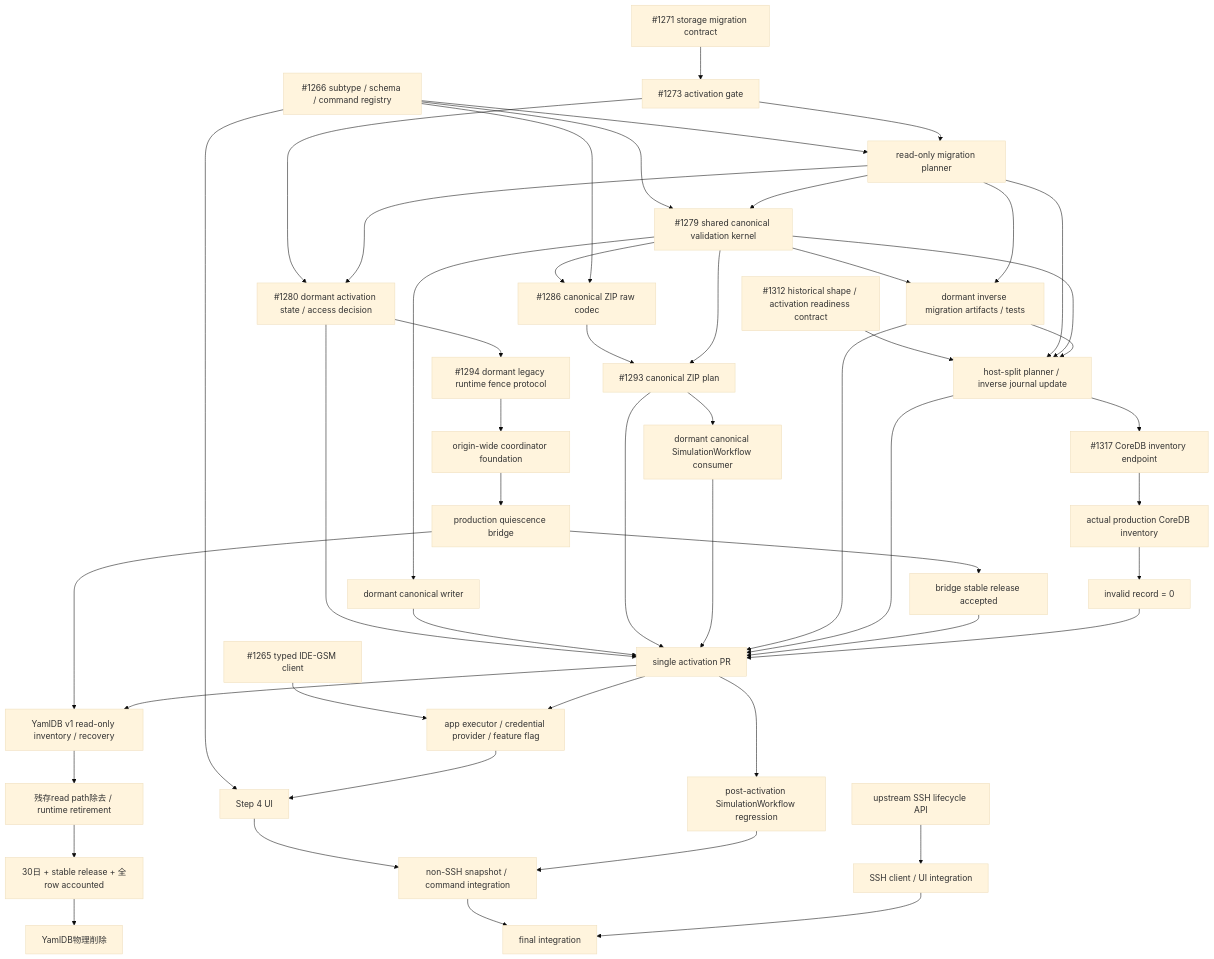
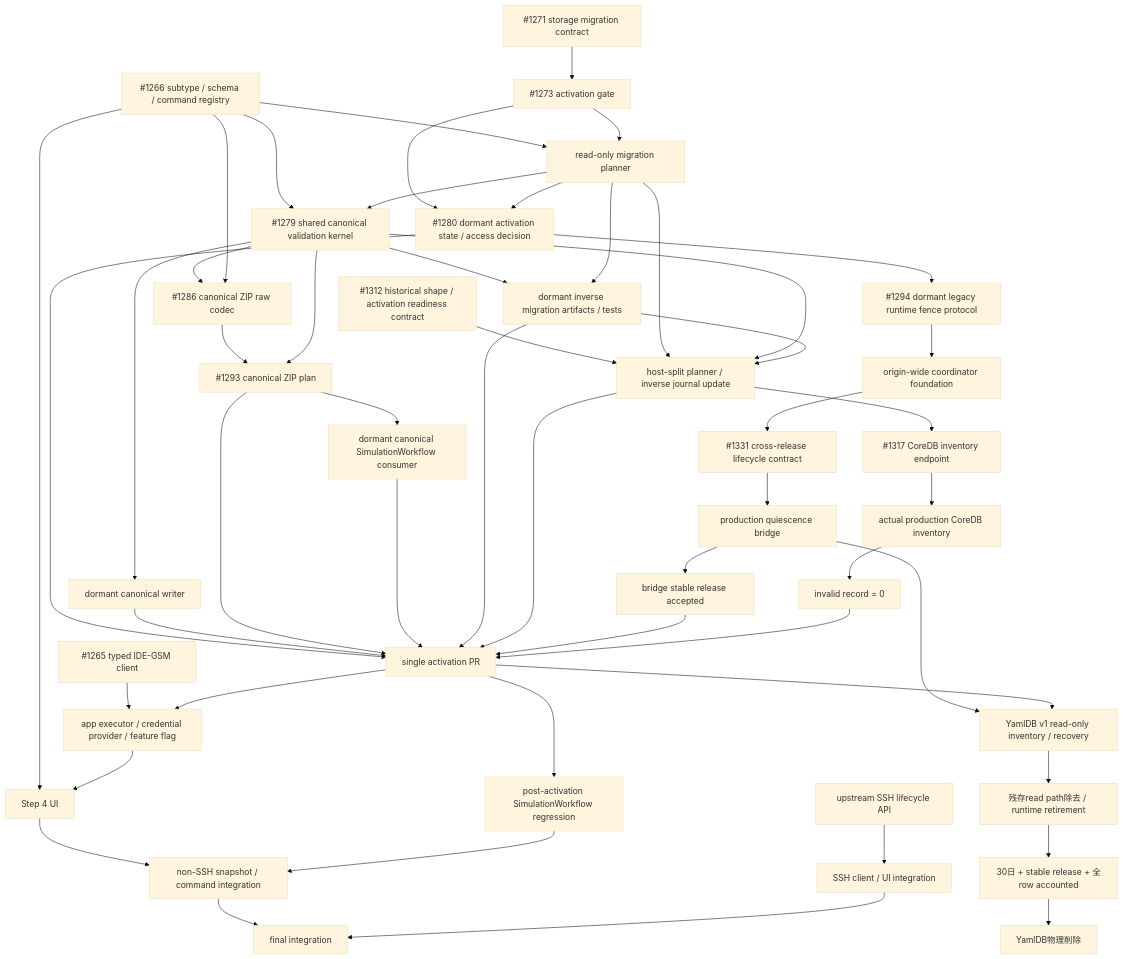
One commit to kubohiroya/hierarchidb changed the first of 2 diagrams in docs/yaml-plugin-ide-gsm-step4-spec.md. Above: the diagram before and after it, drawn with Mermaid (base theme). The commit also changed other lines of this file and 1 other file, not shown here.

Commit message:
docs(yaml): define cross-release quiescence lifecycle (#1331)

````diff
--- a/docs/yaml-plugin-ide-gsm-step4-spec.md
+++ b/docs/yaml-plugin-ide-gsm-step4-spec.md
@@ -483,54 +495,55 @@
 ```mermaid
 graph TD
   Registry["#1266 subtype / schema / command registry"] --> Planner["read-only migration planner"]
   Registry --> Validation["#1279 shared canonical validation kernel"]
   Contract["#1271 storage migration contract"] --> ActivationContract["#1273 activation gate"]
   HistoricalContract["#1312 historical shape / activation readiness contract"] --> PlannerUpdate["host-split planner / inverse journal update"]
   ActivationContract --> Planner
   Planner --> Validation
   Planner --> PlannerUpdate
   Validation --> PlannerUpdate
   Validation --> DormantWriter["dormant canonical writer"]
   Validation --> RawSnapshotCodec["#1286 canonical ZIP raw codec"]
   RawSnapshotCodec --> DormantSnapshotIO["#1293 canonical ZIP plan"]
   Validation --> DormantSnapshotIO
   DormantSnapshotIO --> DormantSimulation["dormant canonical SimulationWorkflow consumer"]
   Validation --> InverseArtifacts["dormant inverse migration artifacts / tests"]
   Planner --> InverseArtifacts["dormant inverse migration artifacts / tests"]
   ActivationContract --> ActivationState["#1280 dormant activation state / access decision"]
   Planner --> ActivationState
   ActivationState --> WriterFence["#1294 dormant legacy runtime fence protocol"]
   WriterFence --> OriginCoordinator["origin-wide coordinator foundation"]
-  OriginCoordinator --> QuiescenceBridge["production quiescence bridge"]
+  OriginCoordinator --> CrossRelease["#1331 cross-release lifecycle contract"]
+  CrossRelease --> QuiescenceBridge["production quiescence bridge"]
   QuiescenceBridge --> BridgeRelease["bridge stable release accepted"]
   PlannerUpdate --> CoreInventoryEndpoint["#1317 CoreDB inventory endpoint"]
   CoreInventoryEndpoint --> CoreInventory["actual production CoreDB inventory"]
   CoreInventory --> InventoryAccepted["invalid record = 0"]
   ActivationState --> Activation["single activation PR"]
   DormantWriter --> Activation["single activation PR"]
   DormantSnapshotIO --> Activation
   DormantSimulation --> Activation
   InverseArtifacts --> Activation
   InverseArtifacts --> PlannerUpdate
   PlannerUpdate --> Activation
   BridgeRelease --> Activation
   InventoryAccepted --> Activation
   Registry --> RawSnapshotCodec
   Registry --> Step4["Step 4 UI"]
   Client["#1265 typed IDE-GSM client"] --> Executor["app executor / credential provider / feature flag"]
   Activation --> Executor
   Executor --> Step4
   Activation --> SimulationRegression["post-activation SimulationWorkflow regression"]
   Step4 --> NonSshIntegration["non-SSH snapshot / command integration"]
   SimulationRegression --> NonSshIntegration
 
   QuiescenceBridge --> LegacyRecovery["YamlDB v1 read-only inventory / recovery"]
   Activation --> LegacyRecovery
   LegacyRecovery --> RemoveYamlReads["残存read path除去 / runtime retirement"]
   RemoveYamlReads --> RetentionGate["30日 + stable release + 全row accounted"]
   RetentionGate --> DeleteYamlDB["YamlDB物理削除"]
 
   UpstreamSsh["upstream SSH lifecycle API"] --> SshIntegration["SSH client / UI integration"]
   NonSshIntegration --> FinalIntegration["final integration"]
   SshIntegration --> FinalIntegration
 ```
````
